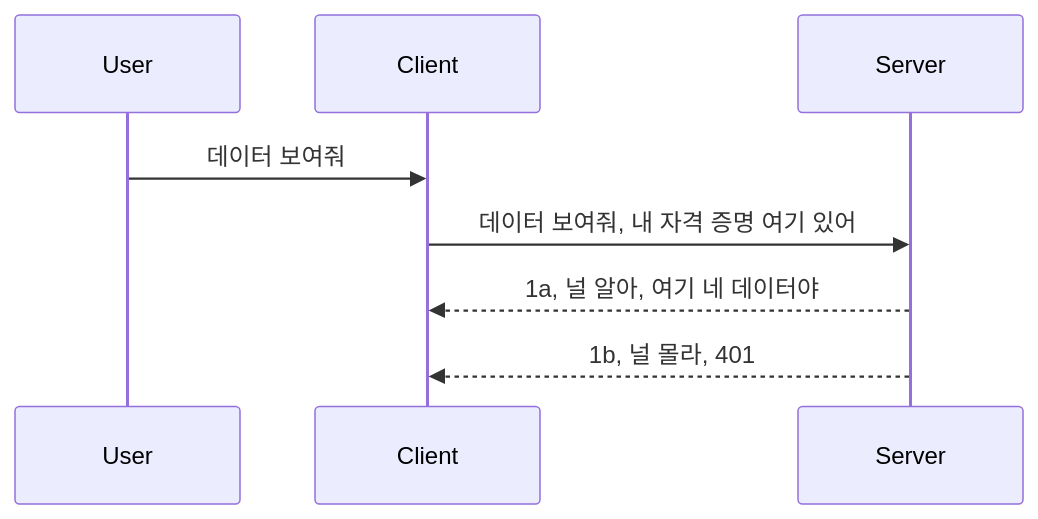
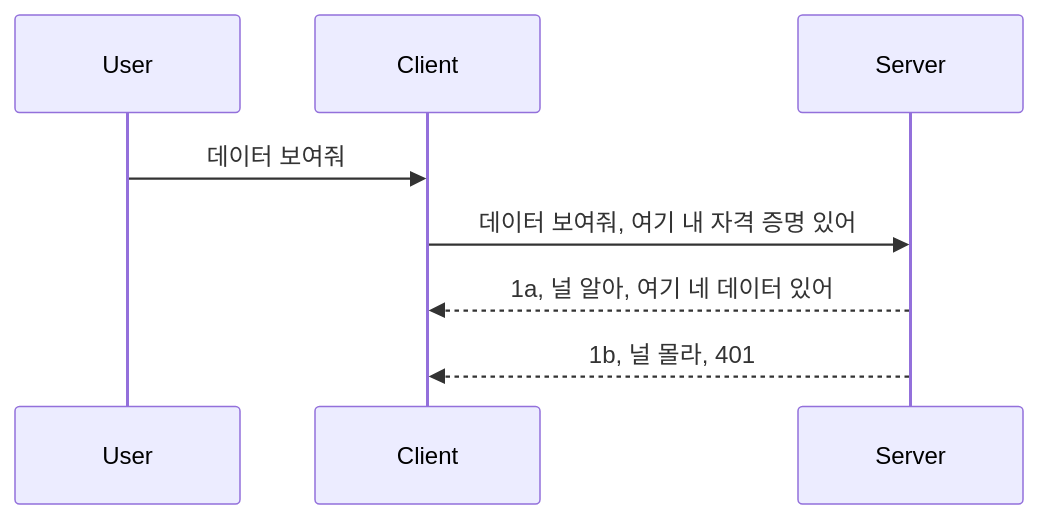
The diagram in mcp_ecosystem__model_context_protocol/mcp_learning_resources/mcp-for-beginners/translations/ko/03-GettingStarted/11-simple-auth/README.md (HIDORAKAI002/ai-workspace-archive), drawn with Mermaid before and after one commit. The commit also changed other lines of this file and 1160 other files, not shown here.

````diff
--- a/mcp_ecosystem__model_context_protocol/mcp_learning_resources/mcp-for-beginners/translations/ko/03-GettingStarted/11-simple-auth/README.md
+++ b/mcp_ecosystem__model_context_protocol/mcp_learning_resources/mcp-for-beginners/translations/ko/03-GettingStarted/11-simple-auth/README.md
@@ -24,11 +24,11 @@
 ```mermaid
 sequenceDiagram
    participant User
    participant Client
    participant Server
 
    User->>Client: 데이터 보여줘
-   Client->>Server: 데이터 보여줘, 내 자격 증명 여기 있어
-   Server-->>Client: 1a, 널 알아, 여기 네 데이터야
+   Client->>Server: 데이터 보여줘, 여기 내 자격 증명 있어
+   Server-->>Client: 1a, 널 알아, 여기 네 데이터 있어
    Server-->>Client: 1b, 널 몰라, 401 
 ```
````
